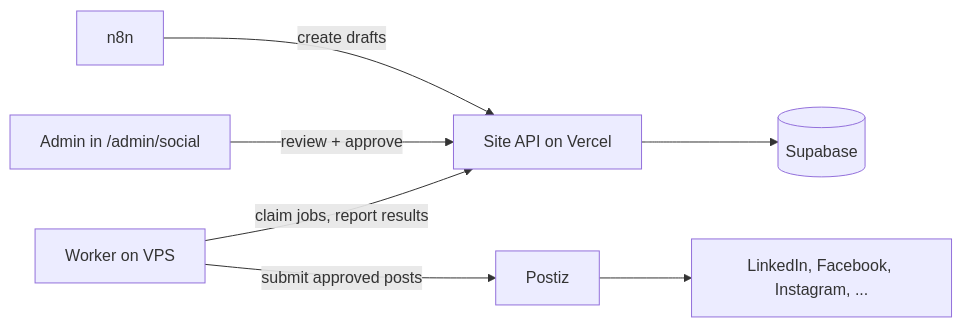
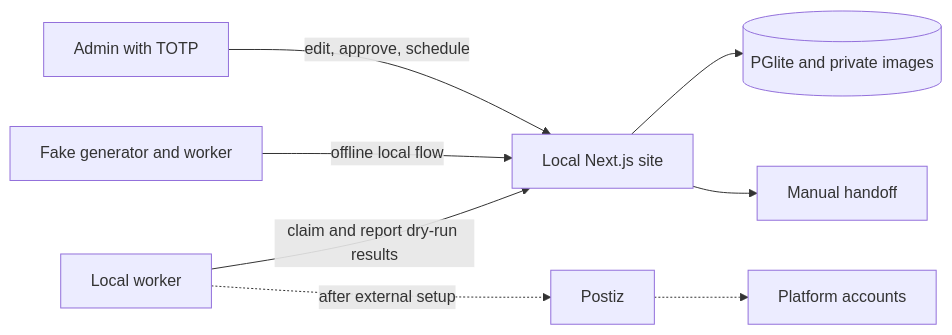
One commit to alediscoveringcoding/Agent_social changed the first of 2 diagrams in README.md. Above: the diagram before and after it, drawn with Mermaid. The commit also changed other lines of this file and 2 other files, not shown here.

Commit message:
Record local v1 progress in README and PRD

````diff
--- a/README.md
+++ b/README.md
@@ -17,9 +30,10 @@
 ```mermaid
 flowchart LR
-  N[n8n] -->|create drafts| S[Site API on Vercel]
-  A[Admin in /admin/social] -->|review + approve| S
-  S --> DB[(Supabase)]
-  W[Worker on VPS] -->|claim jobs, report results| S
-  W -->|submit approved posts| P[Postiz]
-  P --> PL[LinkedIn, Facebook, Instagram, ...]
+  A[Admin with TOTP] -->|edit, approve, schedule| S[Local Next.js site]
+  F[Fake generator and worker] -->|offline local flow| S
+  S --> DB[(PGlite and private images)]
+  S --> M[Manual handoff]
+  W[Local worker] -->|claim and report dry-run results| S
+  W -.->|after external setup| P[Postiz]
+  P -.-> PL[Platform accounts]
 ```
````
